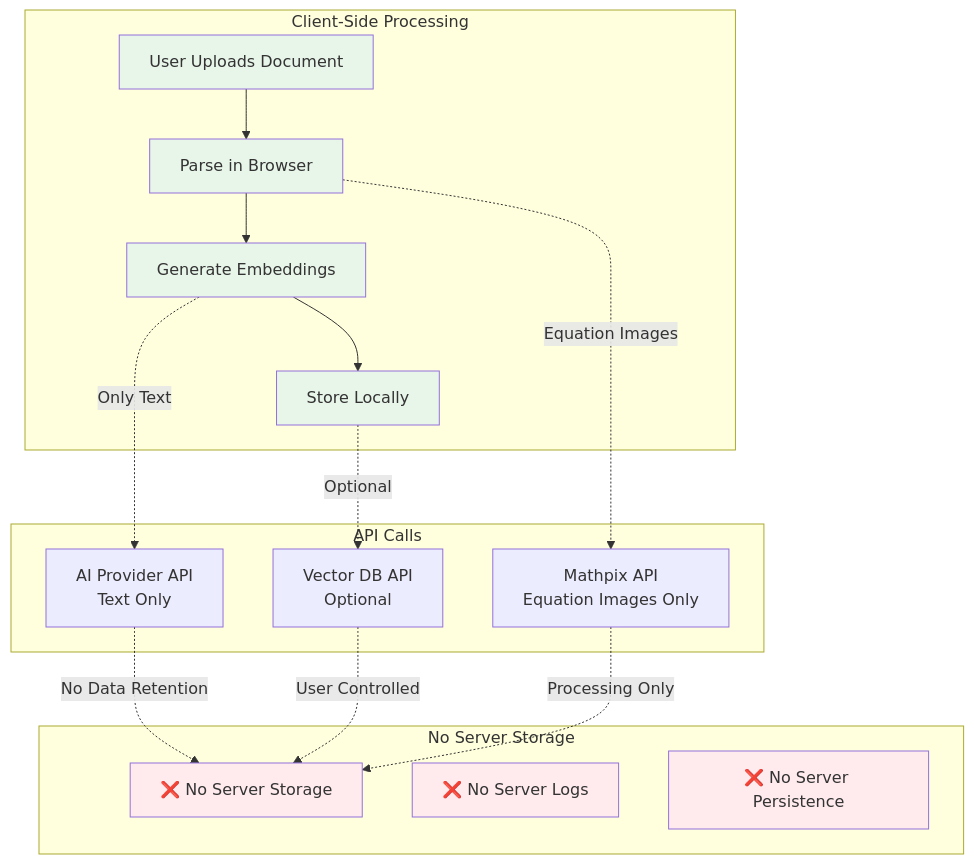
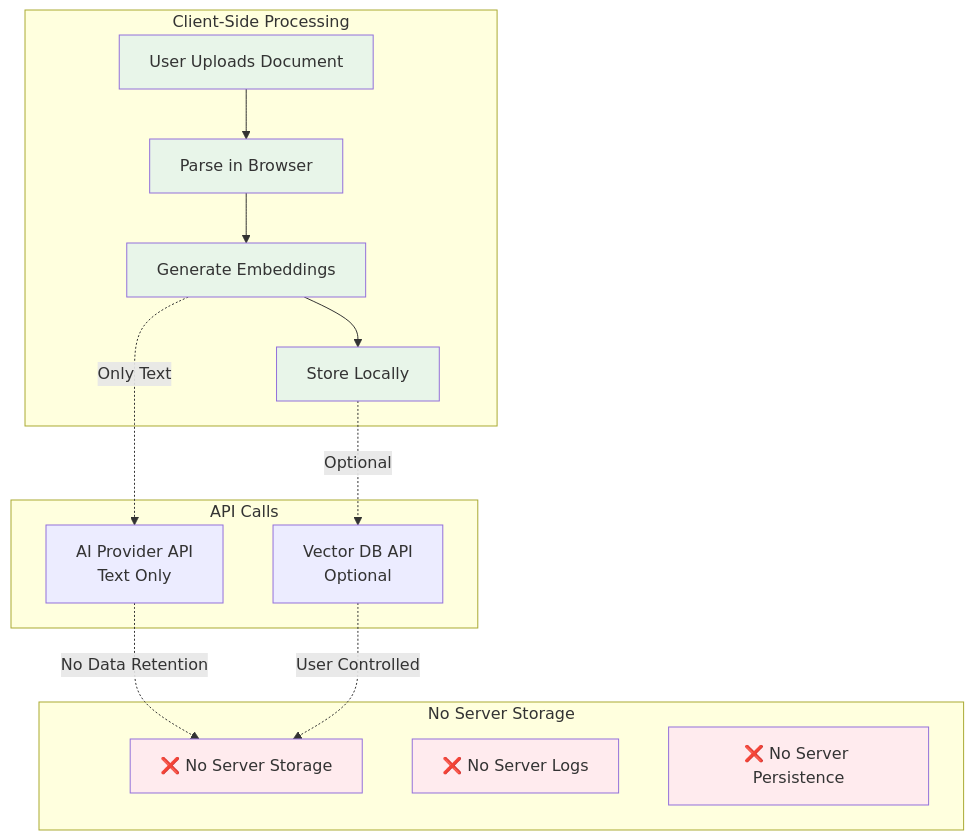
One commit to Kedhareswer/QuantumPDF_ChatApp_VectorDB changed diagram 14 of 14 in docs/ARCHITECTURE_FLOWS.md. Above: the diagram before and after it, drawn with Mermaid. The commit also changed other lines of this file and 26 other files, not shown here.

````diff
--- a/docs/ARCHITECTURE_FLOWS.md
+++ b/docs/ARCHITECTURE_FLOWS.md
@@ -770,42 +757,39 @@
 ```mermaid
 graph TB
     subgraph "Client-Side Processing"
         UPLOAD[User Uploads Document]
         PARSE[Parse in Browser]
         EMBED[Generate Embeddings]
         STORE[Store Locally]
     end
 
     subgraph "API Calls"
         AI_API[AI Provider API<br/>Text Only]
         VDB_API[Vector DB API<br/>Optional]
-        MATHPIX_API[Mathpix API<br/>Equation Images Only]
     end
 
     subgraph "No Server Storage"
         NO_SERVER[❌ No Server Storage]
         NO_LOGS[❌ No Server Logs]
         NO_PERSIST[❌ No Server Persistence]
     end
 
     UPLOAD --> PARSE
     PARSE --> EMBED
 
     EMBED -.->|Only Text| AI_API
     EMBED --> STORE
 
     STORE -.->|Optional| VDB_API
-    PARSE -.->|Equation Images| MATHPIX_API
 
     AI_API -.->|No Data Retention| NO_SERVER
     VDB_API -.->|User Controlled| NO_SERVER
-    MATHPIX_API -.->|Processing Only| NO_SERVER
 
     style UPLOAD fill:#e8f5e9
     style PARSE fill:#e8f5e9
     style EMBED fill:#e8f5e9
     style STORE fill:#e8f5e9
     style NO_SERVER fill:#ffebee
     style NO_LOGS fill:#ffebee
     style NO_PERSIST fill:#ffebee
 ```
````
